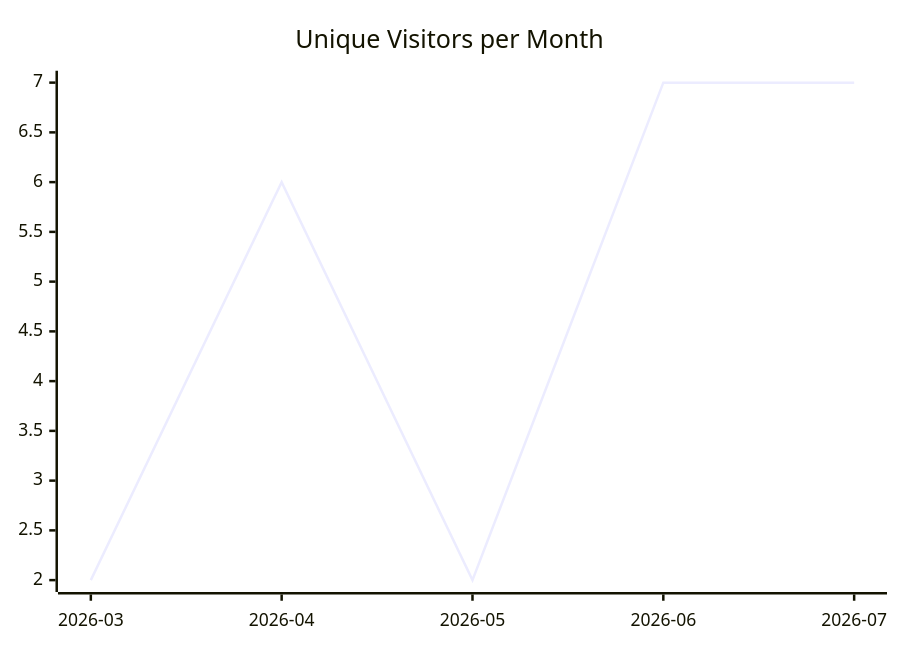
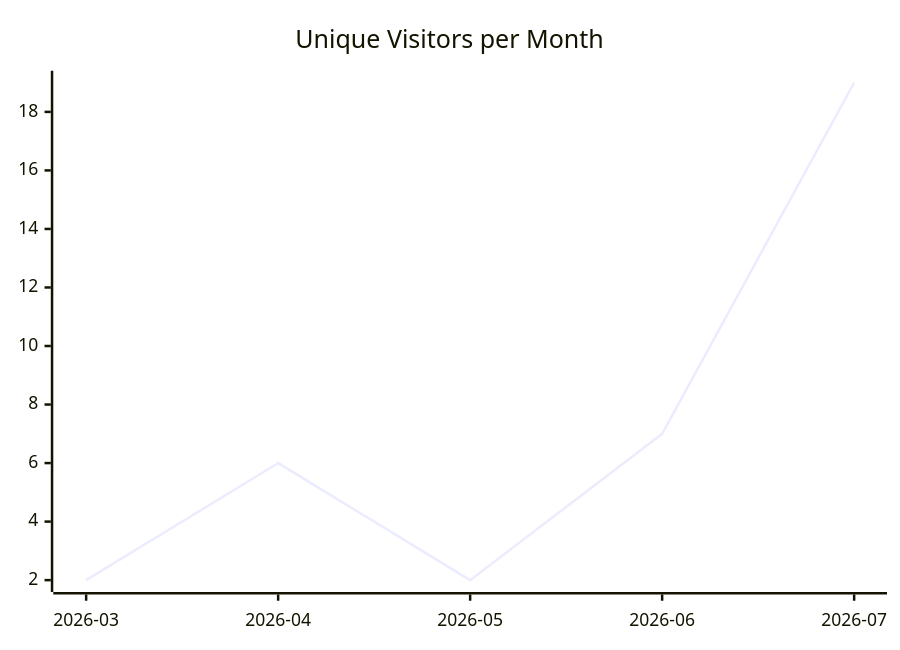
Before and after one commit to justdavis-family/github-analytics-data: the first of 3 diagrams in karlmdavis/fhir-benchmarks/README.md, drawn with Mermaid. The commit also changed other lines of this file and 184 other files, not shown here.

````diff
--- a/karlmdavis/fhir-benchmarks/README.md
+++ b/karlmdavis/fhir-benchmarks/README.md
@@ -5,6 +5,6 @@
 ```mermaid
 xychart-beta
   title "Unique Visitors per Month"
   x-axis ["2026-03", "2026-04", "2026-05", "2026-06", "2026-07"]
-  line [2, 6, 2, 7, 7]
+  line [2, 6, 2, 7, 19]
 ```
````
